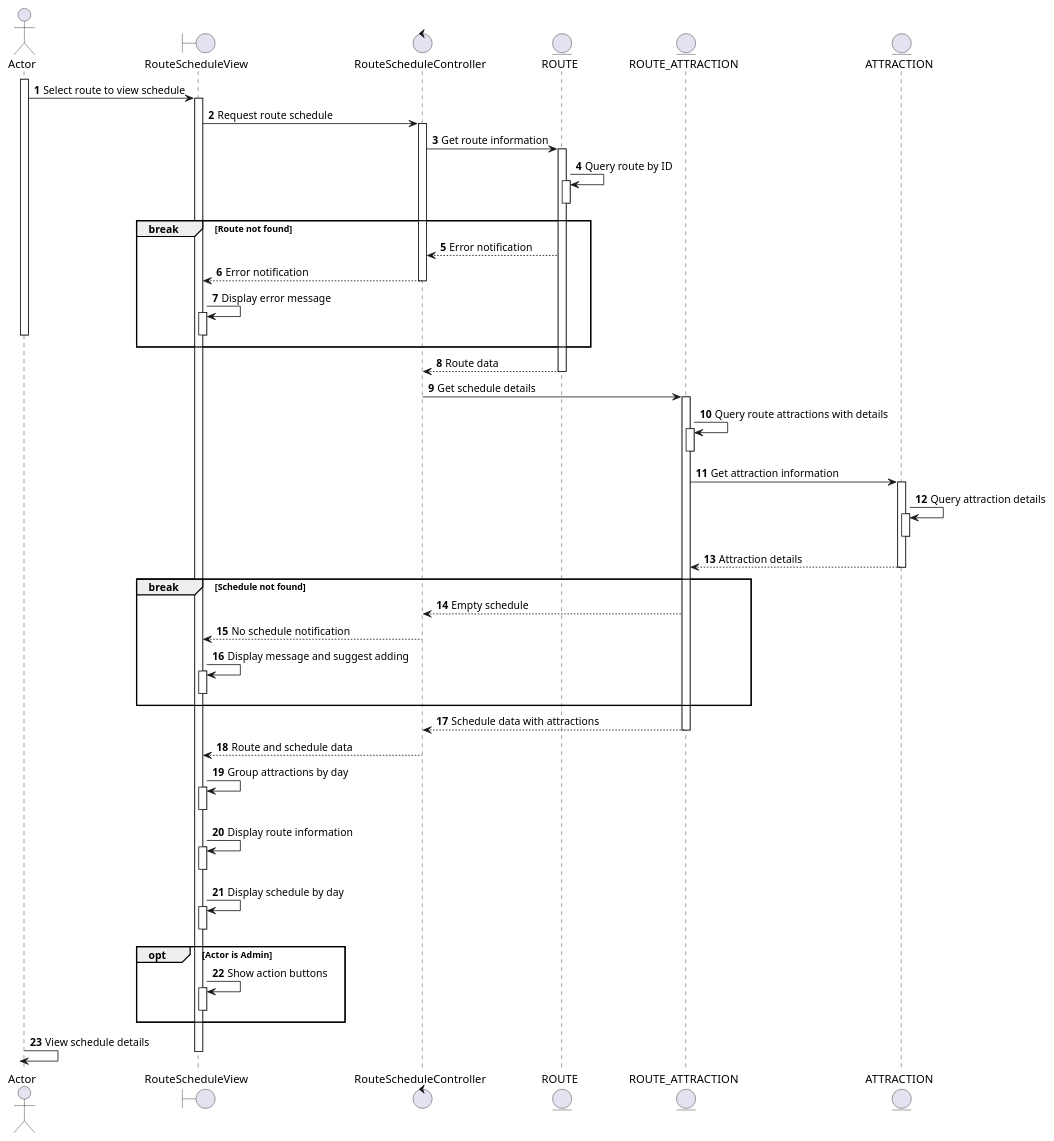
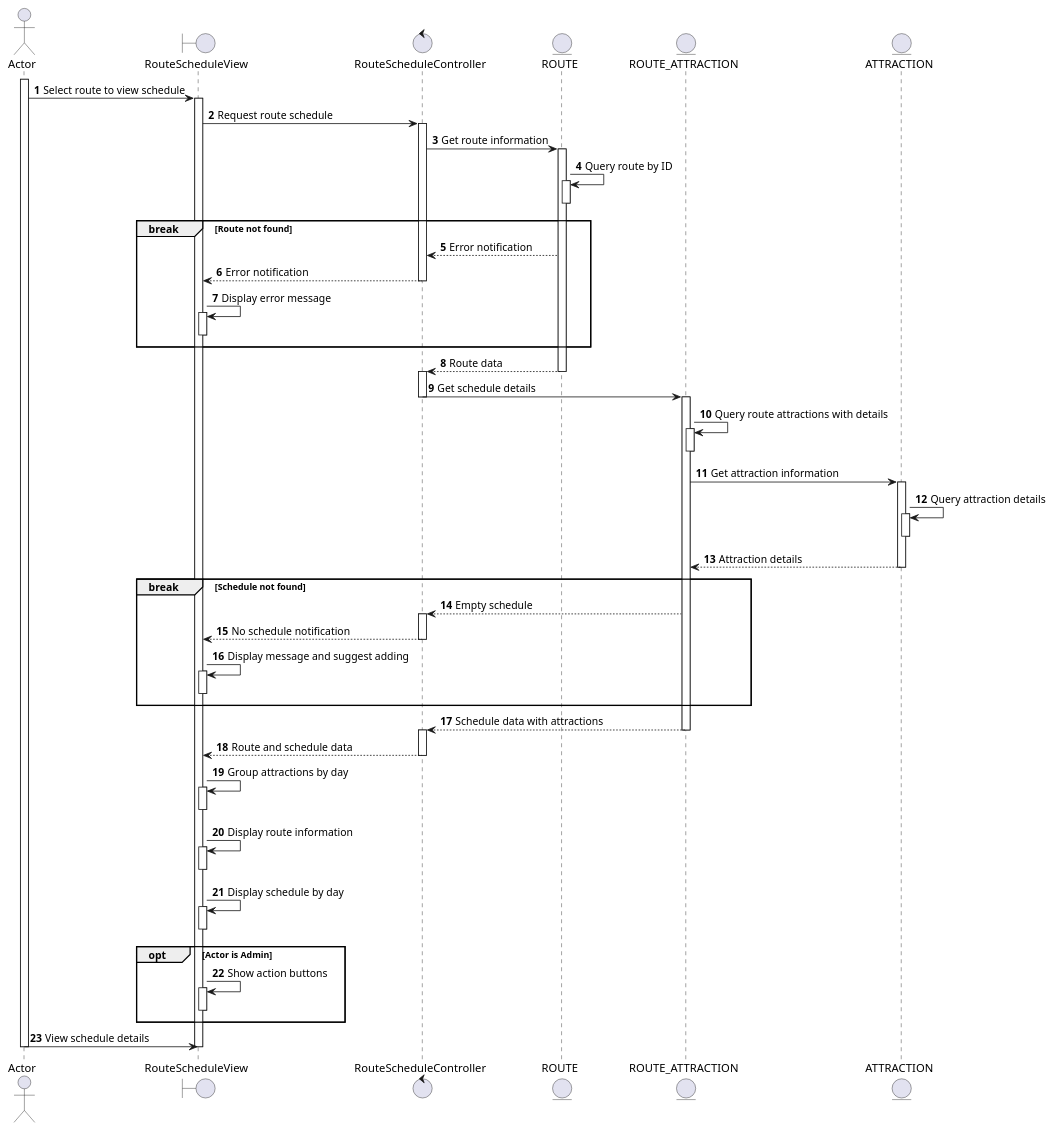
One commit to taskpilot-platform/taskpilot-platform.github.io changed the diagram in docs/docs/sequence/manage-route-schedule/view-route-schedule.md. Above: the diagram before and after it, drawn with PlantUML. The commit also changed 7 other files, not shown here.

First line of the commit message:
Add use case diagram and documentation for Tourist Management System

```diff
--- a/docs/docs/sequence/manage-route-schedule/view-route-schedule.md
+++ b/docs/docs/sequence/manage-route-schedule/view-route-schedule.md
@@ -30,13 +30,13 @@
   RSV -> RSV: Display error message
   activate RSV
   deactivate RSV
-  deactivate A
 end
 
 RSC <-- R: Route data
 deactivate R
-
+activate RSC
 RSC -> RA: Get schedule details
+deactivate RSC
 activate RA
 RA -> RA: Query route attractions with details
 activate RA
@@ -51,16 +51,17 @@
 
 break Schedule not found
   RSC <-- RA: Empty schedule
+  activate RSC
   RSV <-- RSC: No schedule notification
   deactivate RSC
   RSV -> RSV: Display message and suggest adding
   activate RSV
   deactivate RSV
-  deactivate A
 end
 
 RSC <-- RA: Schedule data with attractions
 deactivate RA
+activate RSC
 
 RSV <-- RSC: Route and schedule data
 deactivate RSC
@@ -83,7 +84,7 @@
   deactivate RSV
 end
 
-A -> A: View schedule details
+A -> RSV: View schedule details
 deactivate A
 deactivate RSV
 
```
